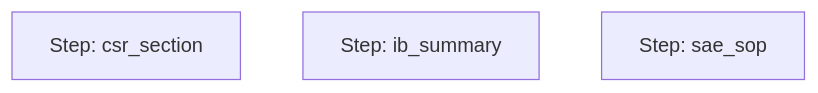
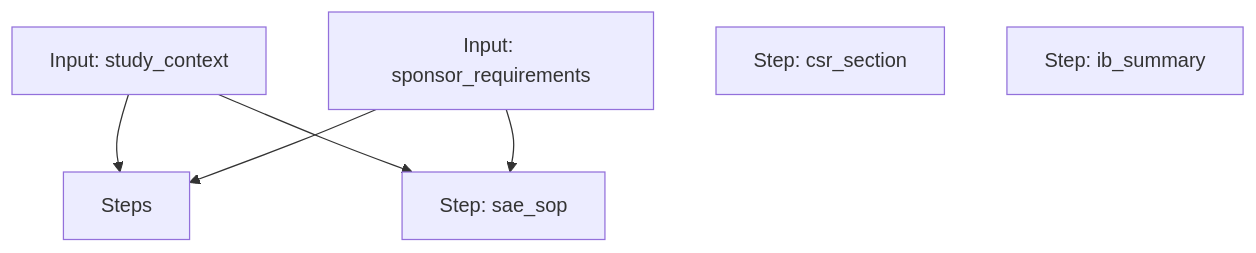
The diagram in docs/workflows/technical_writer.md (fderuiter/proompts), drawn with Mermaid before and after one commit. The commit also changed 1 other file, not shown here.

Commit message:
docs: auto-generate documentation from prompts

```diff
--- a/docs/workflows/technical_writer.md
+++ b/docs/workflows/technical_writer.md
@@ -14,6 +14,10 @@
 <div class="mermaid">
 graph TD
+    Input_study_context[Input: study_context] --> Steps
+    Input_sponsor_requirements[Input: sponsor_requirements] --> Steps
     csr_section[Step: csr_section]
     ib_summary[Step: ib_summary]
     sae_sop[Step: sae_sop]
+    Input_study_context --> sae_sop
+    Input_sponsor_requirements --> sae_sop
 </div>
```
